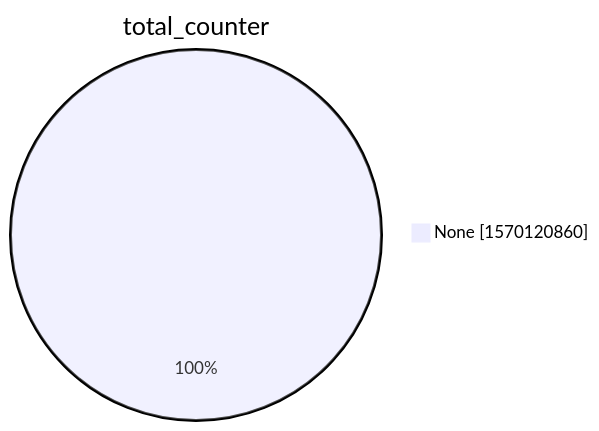
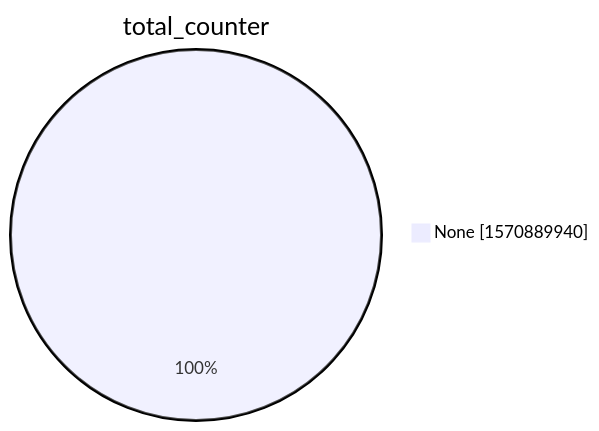
The second of 15 diagrams in xenon2022/README.md (christiankrug/ctmonitor_visualization), drawn with Mermaid before and after one commit. The commit also changed other lines of this file, not shown here.

````diff
--- a/xenon2022/README.md
+++ b/xenon2022/README.md
@@ -9,5 +9,5 @@
 ```mermaid
 pie showData
 title total_counter
-"None" :1570120860
+"None" :1570889940
 ```
````
